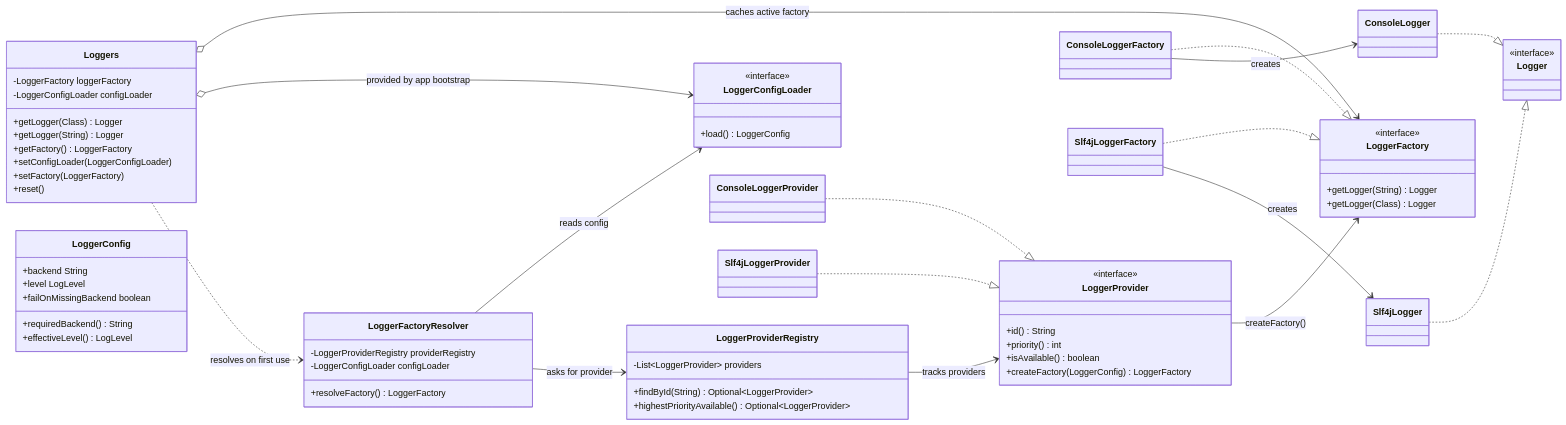
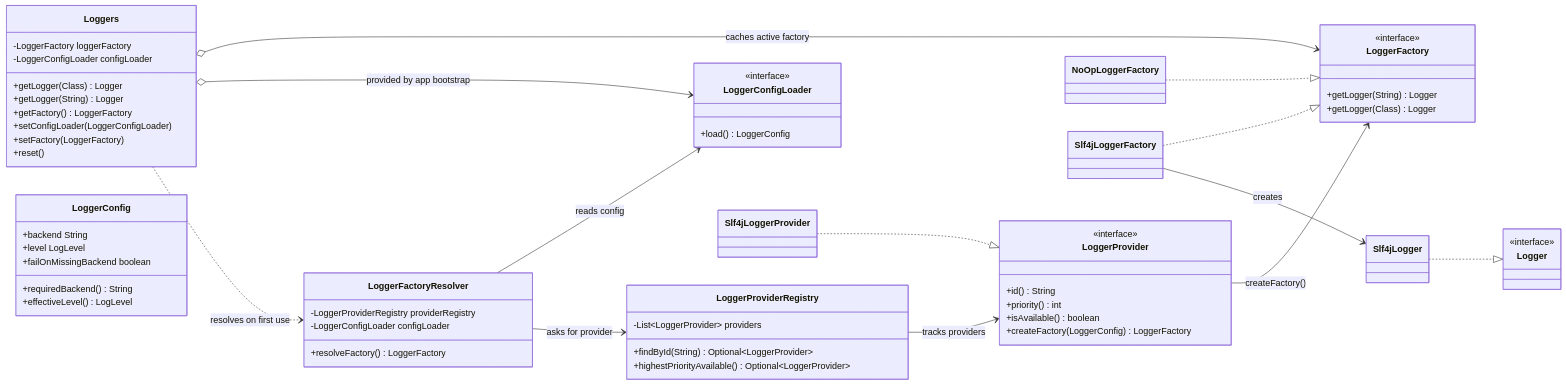
Before and after one commit to khinemyaezin/grab: the second of 3 diagrams in docs/architecture/diagrams/modular-logging-framework.md, drawn with Mermaid. The commit also changed other lines of this file and 27 other files, not shown here.

Commit message:
feat: enhance logging framework by implementing SLF4J provider and removing console logger

````diff
--- a/docs/architecture/diagrams/modular-logging-framework.md
+++ b/docs/architecture/diagrams/modular-logging-framework.md
@@ -96,11 +97,9 @@
         +effectiveLevel() LogLevel
     }
 
-    class ConsoleLoggerProvider
+    class NoOpLoggerFactory
     class Slf4jLoggerProvider
-    class ConsoleLoggerFactory
     class Slf4jLoggerFactory
-    class ConsoleLogger
     class Slf4jLogger
 
     Loggers o--> LoggerFactory : caches active factory
@@ -111,16 +110,13 @@
     LoggerFactoryResolver --> LoggerProviderRegistry : asks for provider
     LoggerProviderRegistry --> LoggerProvider : tracks providers
 
-    ConsoleLoggerProvider ..|> LoggerProvider
     Slf4jLoggerProvider ..|> LoggerProvider
 
-    ConsoleLoggerFactory ..|> LoggerFactory
     Slf4jLoggerFactory ..|> LoggerFactory
 
-    ConsoleLogger ..|> Logger
     Slf4jLogger ..|> Logger
 
     LoggerProvider --> LoggerFactory : createFactory()
-    ConsoleLoggerFactory --> ConsoleLogger : creates
+    NoOpLoggerFactory ..|> LoggerFactory
     Slf4jLoggerFactory --> Slf4jLogger : creates
 ```
````
